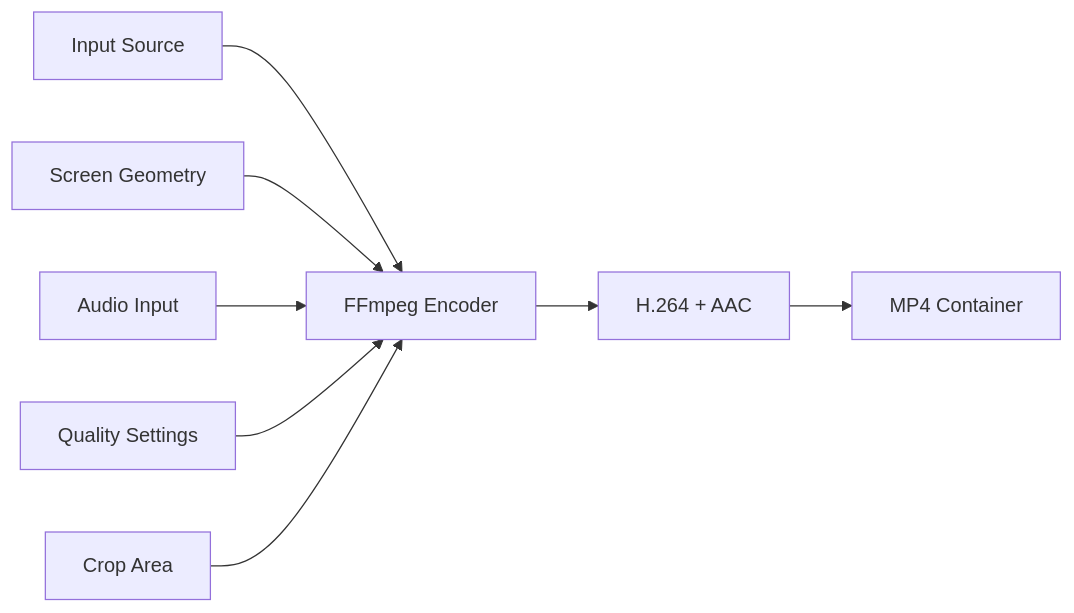
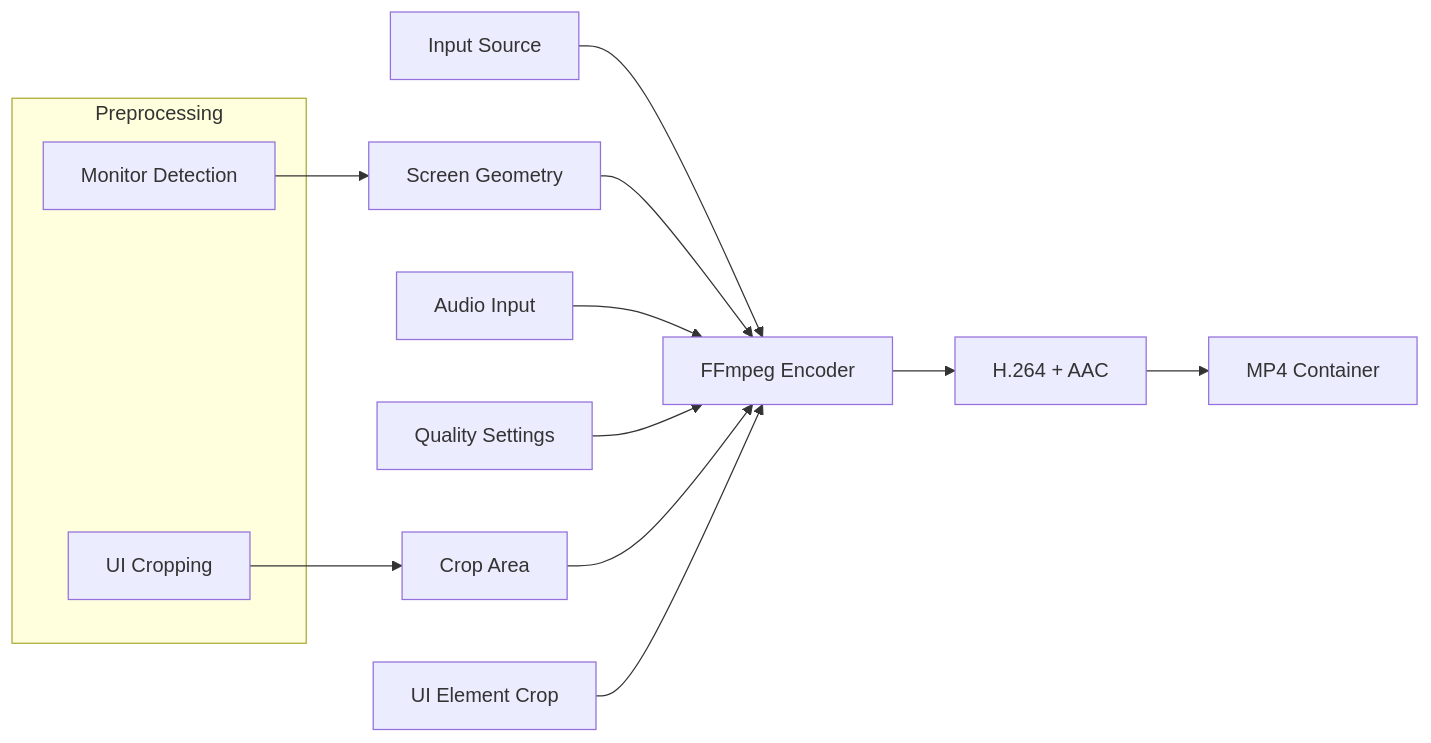
One commit to mricos/screentool changed the diagram in README.md. Above: the diagram before and after it, drawn with Mermaid. The commit also changed other lines of this file and 31 other files, not shown here.

````diff
--- a/README.md
+++ b/README.md
@@ -94,11 +108,20 @@
 ```mermaid
 graph LR
     A[Input Source] --> B[FFmpeg Encoder]
     B --> C[H.264 + AAC]
     C --> D[MP4 Container]
     
     E[Screen Geometry] --> B
     F[Audio Input] --> B
     G[Quality Settings] --> B
     H[Crop Area] --> B
+    I[UI Element Crop] --> B
+    
+    subgraph Preprocessing
+        J[Monitor Detection]
+        K[UI Cropping]
+    end
+    
+    J --> E
+    K --> H
 ```
````
